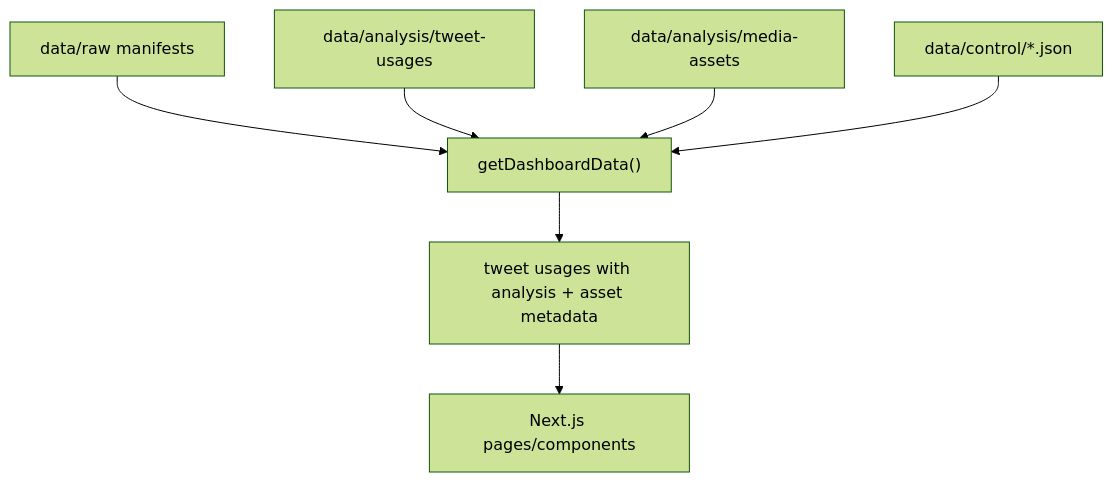
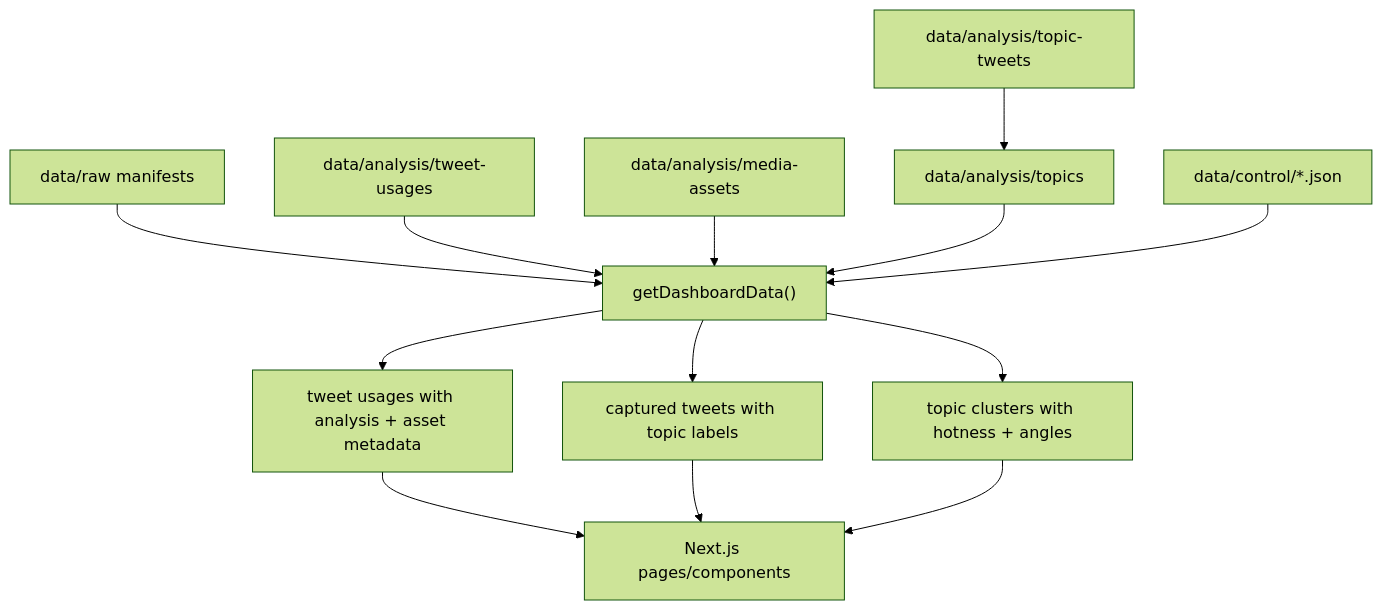
The second of 11 diagrams in agent_docs/20-runtime-flows.md (nick-locascio-alt/x-claw-studio), drawn with Mermaid (forest theme) before and after one commit. The commit also changed other lines of this file and 127 other files, not shown here.

````diff
--- a/agent_docs/20-runtime-flows.md
+++ b/agent_docs/20-runtime-flows.md
@@ -34,9 +43,15 @@
 ```mermaid
 flowchart TD
   A["data/raw manifests"] --> E["getDashboardData()"]
   B["data/analysis/tweet-usages"] --> E
   C["data/analysis/media-assets"] --> E
-  D["data/control/*.json"] --> E
-  E --> F["tweet usages with analysis + asset metadata"]
-  F --> G["Next.js pages/components"]
+  D["data/analysis/topics"] --> E
+  K["data/analysis/topic-tweets"] --> D
+  F["data/control/*.json"] --> E
+  E --> G["tweet usages with analysis + asset metadata"]
+  E --> H["captured tweets with topic labels"]
+  E --> I["topic clusters with hotness + angles"]
+  G --> J["Next.js pages/components"]
+  H --> J
+  I --> J
 ```
````
